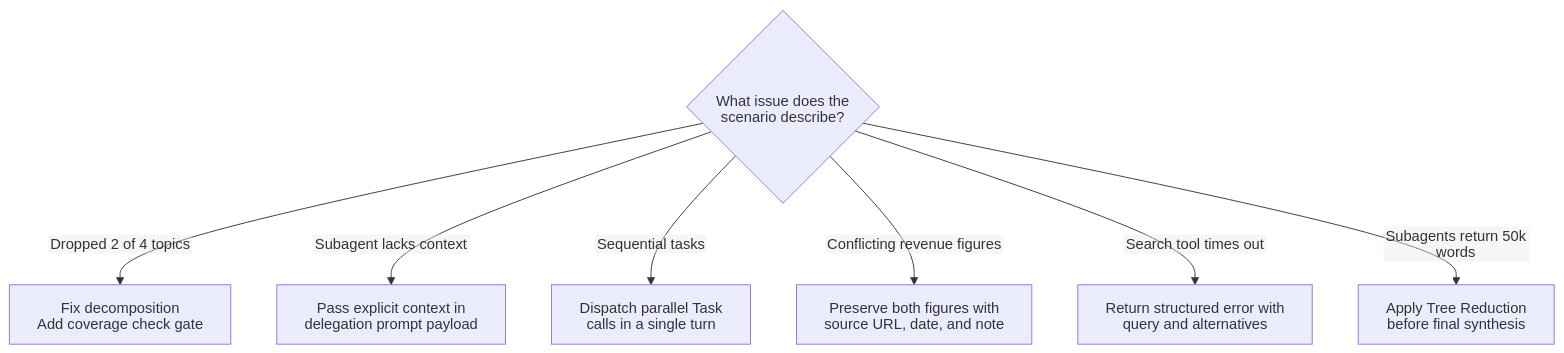
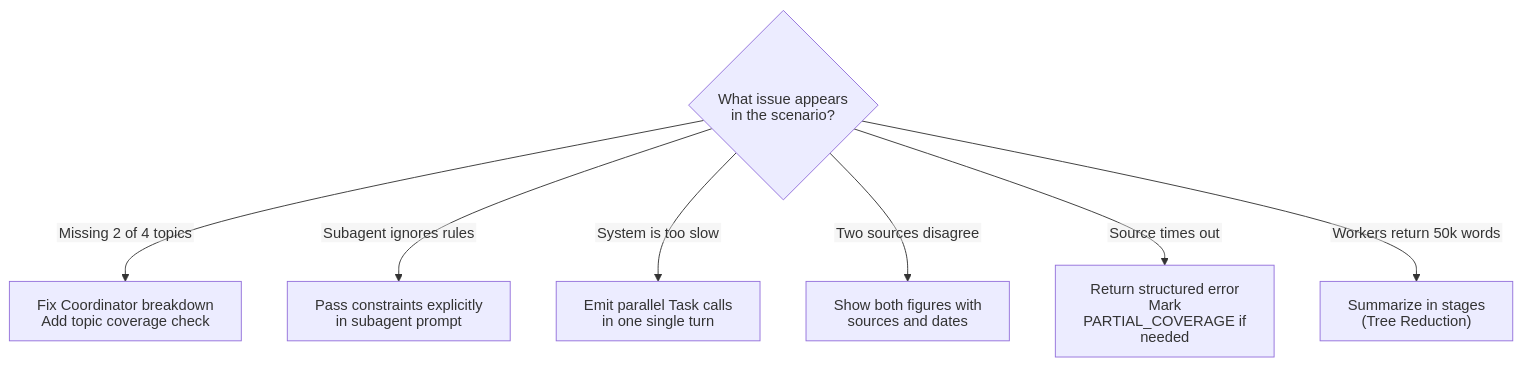
The second of 2 diagrams in scenarios/scenario_3_multi_agent_research/SCENARIO_GUIDE.md (dip4k/claude_cert_architect_foundation_prep), drawn with Mermaid before and after one commit. The commit also changed other lines of this file and 13 other files, not shown here.

````diff
--- a/scenarios/scenario_3_multi_agent_research/SCENARIO_GUIDE.md
+++ b/scenarios/scenario_3_multi_agent_research/SCENARIO_GUIDE.md
@@ -58,13 +70,13 @@
 ```mermaid
 ---
 config:
   htmlLabels: false
 ---
 flowchart TD
-    Q{"What issue does the<br>scenario describe?"} -->|"Dropped 2 of 4 topics"| Decomp["Fix decomposition<br>Add coverage check gate"]
-    Q -->|"Subagent lacks context"| CtxPass["Pass explicit context in<br>delegation prompt payload"]
-    Q -->|"Sequential tasks"| FanOut["Dispatch parallel Task<br>calls in a single turn"]
-    Q -->|"Conflicting revenue figures"| Prov["Preserve both figures with<br>source URL, date, and note"]
-    Q -->|"Search tool times out"| StructErr["Return structured error with<br>query and alternatives"]
-    Q -->|"Subagents return 50k words"| TreeRed["Apply Tree Reduction<br>before final synthesis"]
+    Q{"What issue appears<br>in the scenario?"} -->|"Missing 2 of 4 topics"| Decomp["Fix Coordinator breakdown<br>Add topic coverage check"]
+    Q -->|"Subagent ignores rules"| CtxPass["Pass constraints explicitly<br>in subagent prompt"]
+    Q -->|"System is too slow"| FanOut["Emit parallel Task calls<br>in one single turn"]
+    Q -->|"Two sources disagree"| Prov["Show both figures with<br>sources and dates"]
+    Q -->|"Source times out"| StructErr["Return structured error<br>Mark PARTIAL_COVERAGE if needed"]
+    Q -->|"Workers return 50k words"| TreeRed["Summarize in stages<br>(Tree Reduction)"]
 ```
````
